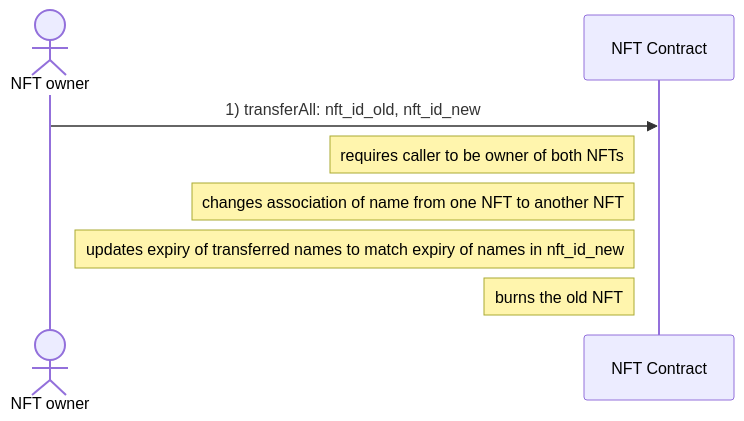
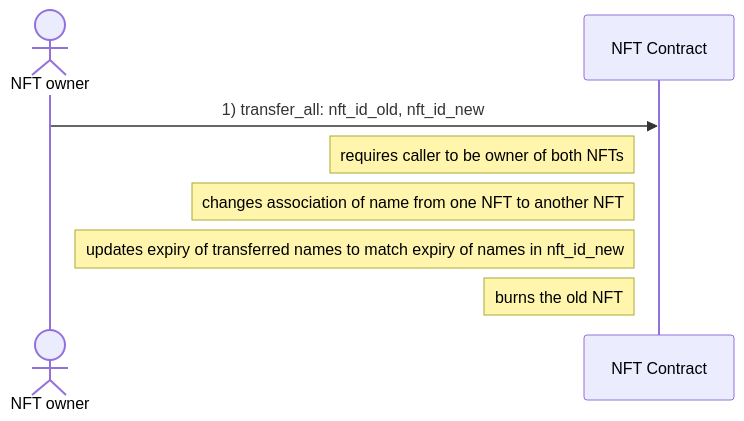
The third of 3 diagrams in docs/diagrams/transfer_aens_names.md (marc0olo/aens-nfts), drawn with Mermaid before and after one commit. The commit also changed other lines of this file and 17 other files, not shown here.

````diff
--- a/docs/diagrams/transfer_aens_names.md
+++ b/docs/diagrams/transfer_aens_names.md
@@ -27,9 +27,9 @@
 ```mermaid
 sequenceDiagram
     actor NFT owner
-    NFT owner ->> NFT Contract: 1) transferAll: nft_id_old, nft_id_new
+    NFT owner ->> NFT Contract: 1) transfer_all: nft_id_old, nft_id_new
     Note left of NFT Contract: requires caller to be owner of both NFTs
     Note left of NFT Contract: changes association of name from one NFT to another NFT
     Note left of NFT Contract: updates expiry of transferred names to match expiry of names in nft_id_new
     Note left of NFT Contract: burns the old NFT
 ```
````
